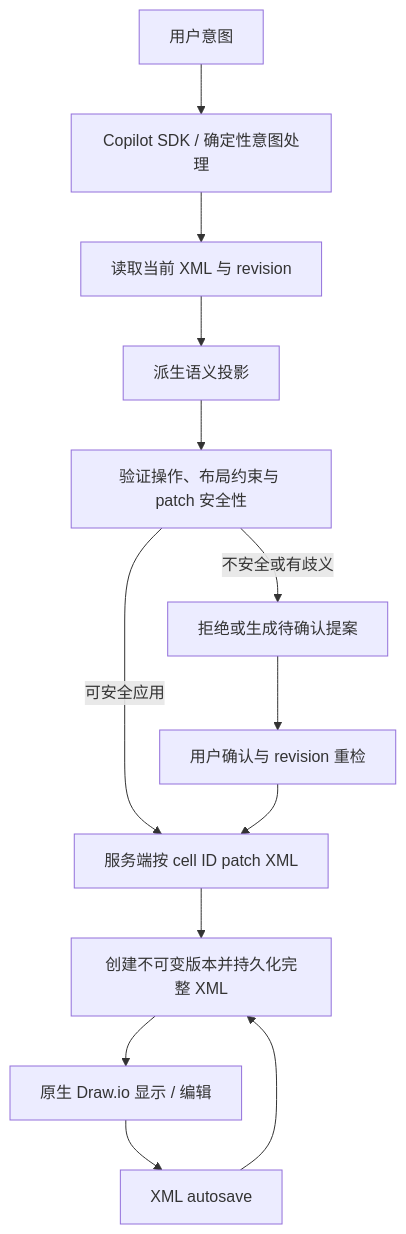
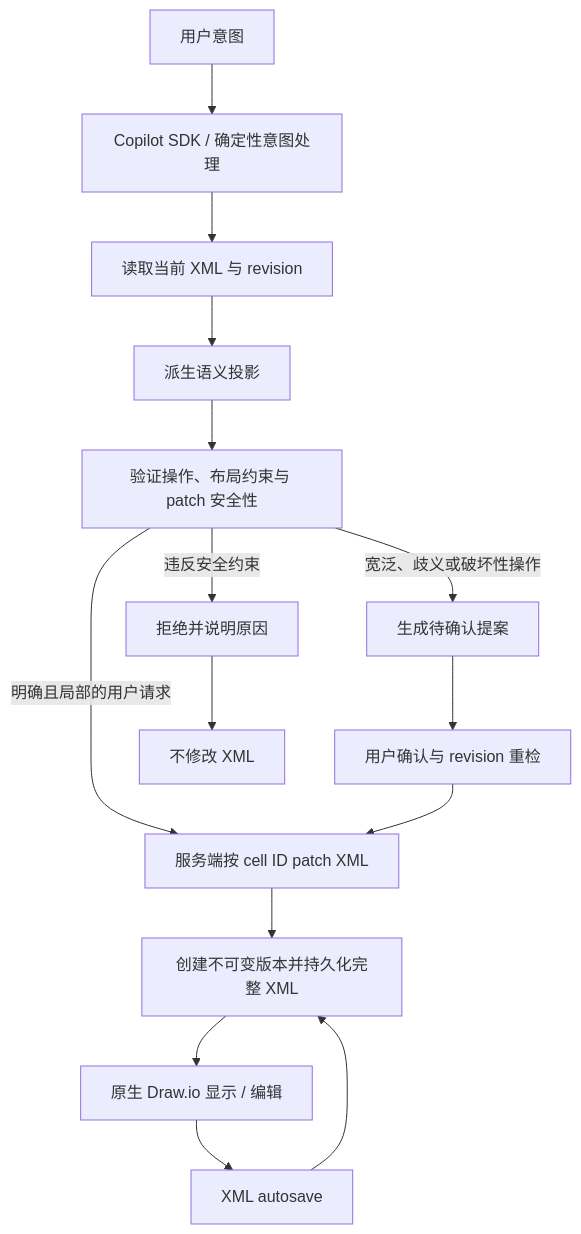
One commit to saga/architecture-diagram-studio changed the fourth of 4 diagrams in ARCHITECTURE-V2.md. Above: the diagram before and after it, drawn with Mermaid. The commit also changed other lines of this file, not shown here.

Commit message:
Align architecture docs with focused direct edits and proposal confirmation policy

````diff
--- a/ARCHITECTURE-V2.md
+++ b/ARCHITECTURE-V2.md
@@ -1282,15 +1282,17 @@
 ```mermaid
 flowchart TD
     User["用户意图"] --> Agent["Copilot SDK / 确定性意图处理"]
     Agent --> Inspect["读取当前 XML 与 revision"]
     Inspect --> Projection["派生语义投影"]
     Projection --> Validate["验证操作、布局约束与 patch 安全性"]
-    Validate -->|可安全应用| Patch["服务端按 cell ID patch XML"]
-    Validate -->|不安全或有歧义| Proposal["拒绝或生成待确认提案"]
+    Validate -->|明确且局部的用户请求| Patch["服务端按 cell ID patch XML"]
+    Validate -->|宽泛、歧义或破坏性操作| Proposal["生成待确认提案"]
+    Validate -->|违反安全约束| Reject["拒绝并说明原因"]
     Patch --> Version["创建不可变版本并持久化完整 XML"]
     Proposal --> Confirm["用户确认与 revision 重检"]
     Confirm --> Patch
+    Reject --> End["不修改 XML"]
     Version --> Native["原生 Draw.io 显示 / 编辑"]
     Native --> Autosave["XML autosave"]
     Autosave --> Version
 ```
````
